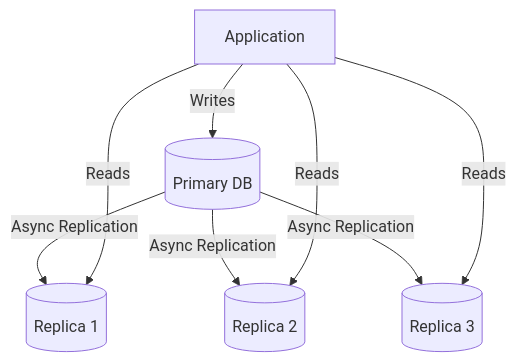
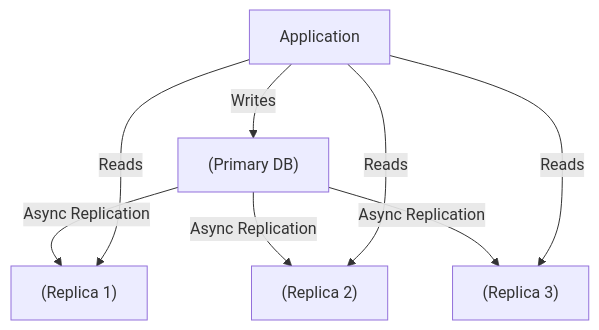
One commit to vanos001/placement_prep changed the fifth of 9 diagrams in src/interview/system-design/hld/database-design.md. Above: the diagram before and after it, drawn with Mermaid. The commit also changed other lines of this file and 19 other files, not shown here.

First line of the commit message:
fix(mermaid,links): repair regressions after merging dev into dev2

````diff
--- a/src/interview/system-design/hld/database-design.md
+++ b/src/interview/system-design/hld/database-design.md
@@ -296,10 +296,10 @@
 ```mermaid
 graph TD
-    APP[Application] -->|Writes| P[(Primary DB)]
-    P -->|Async Replication| R1[(Replica 1)]
-    P -->|Async Replication| R2[(Replica 2)]
-    P -->|Async Replication| R3[(Replica 3)]
+    APP[Application] -->|Writes| P["(Primary DB)"]
+    P -->|Async Replication| R1["(Replica 1)"]
+    P -->|Async Replication| R2["(Replica 2)"]
+    P -->|Async Replication| R3["(Replica 3)"]
     APP -->|Reads| R1
     APP -->|Reads| R2
     APP -->|Reads| R3
 ```
````
